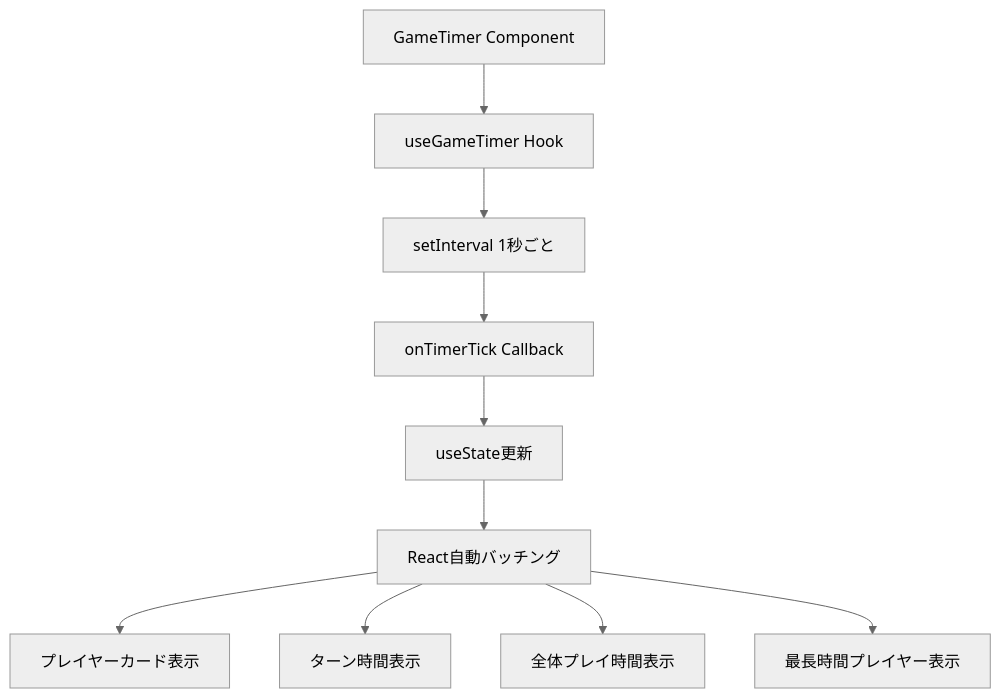
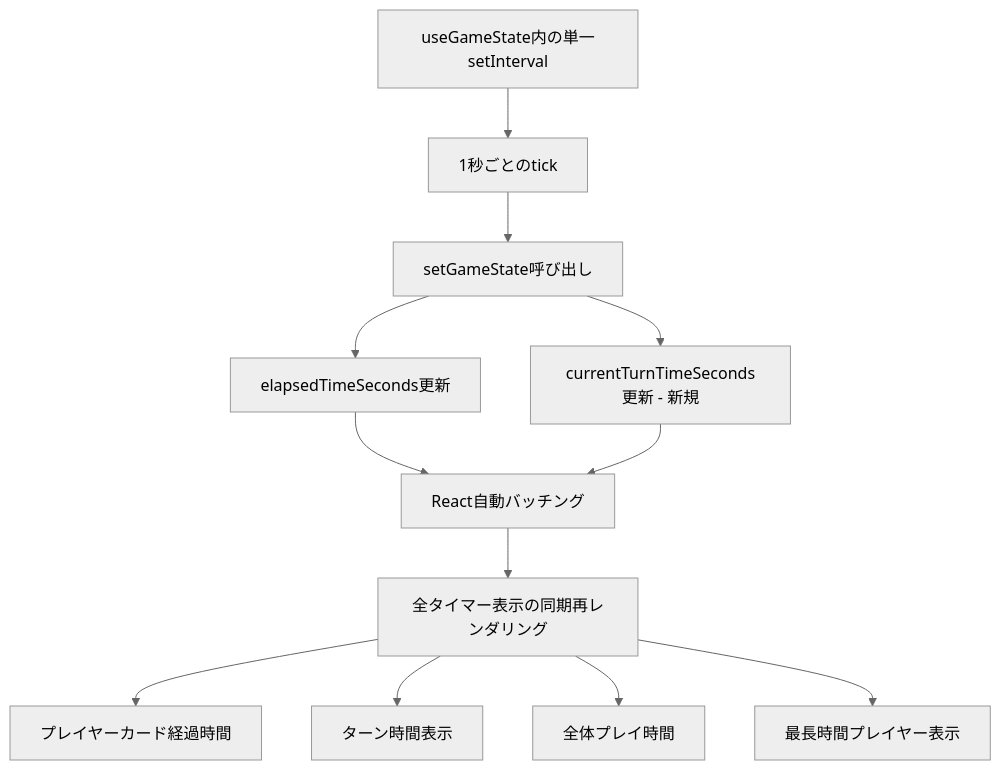
Before and after one commit to Jillrinn/tickTackFour: the first of 5 diagrams in .kiro/specs/timer-synchronization/design.md, drawn with Mermaid (neutral theme). The commit also changed other lines of this file and 2 other files, not shown here.

First line of the commit message:
設計更新: timer-synchronization - 根本原因に基づく包括的設計

````diff
--- a/.kiro/specs/timer-synchronization/design.md
+++ b/.kiro/specs/timer-synchronization/design.md
@@ -46,12 +62,14 @@
 ```mermaid
 graph TB
-    A[GameTimer Component] --> B[useGameTimer Hook]
-    B --> C[setInterval 1秒ごと]
-    C --> D[onTimerTick Callback]
-    D --> E[useState更新]
-    E --> F[React自動バッチング]
-    F --> G[プレイヤーカード表示]
-    F --> H[ターン時間表示]
-    F --> I[全体プレイ時間表示]
-    F --> J[最長時間プレイヤー表示]
+    A[useGameState内の単一setInterval] --> B[1秒ごとのtick]
+    B --> C[setGameState呼び出し]
+    C --> D[elapsedTimeSeconds更新]
+    C --> E[currentTurnTimeSeconds更新 - 新規]
+    D --> F[React自動バッチング]
+    E --> F
+    F --> G[全タイマー表示の同期再レンダリング]
+    G --> H[プレイヤーカード経過時間]
+    G --> I[ターン時間表示]
+    G --> J[全体プレイ時間]
+    G --> K[最長時間プレイヤー表示]
 ```
````
